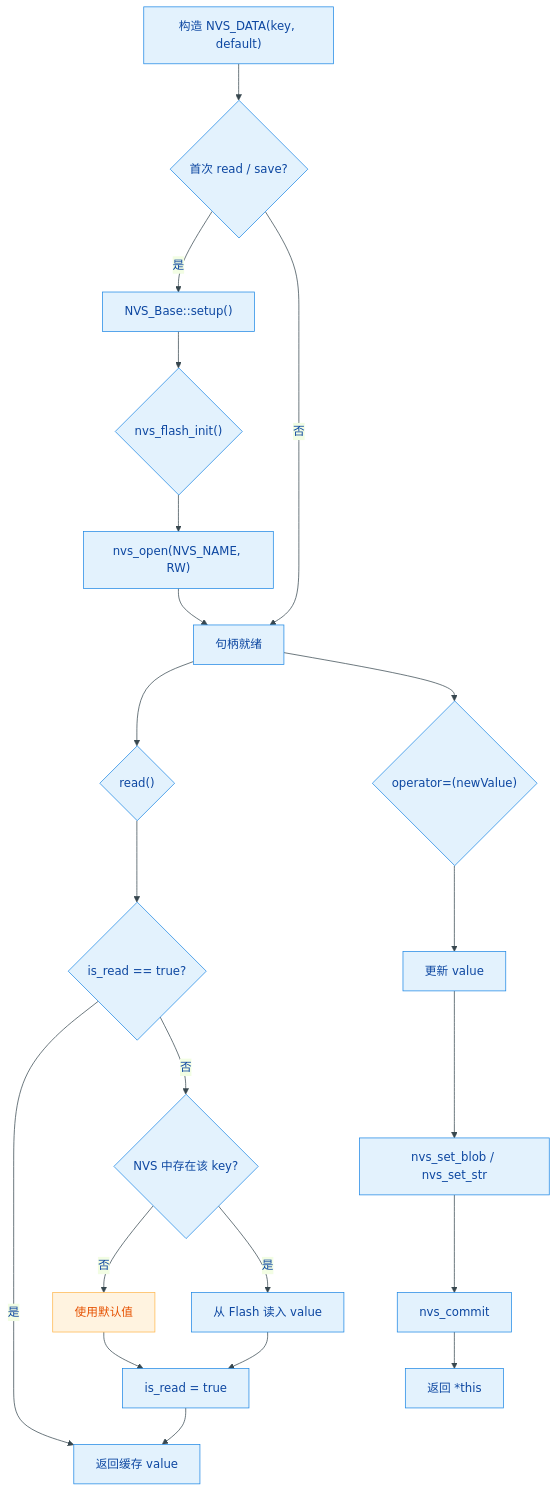
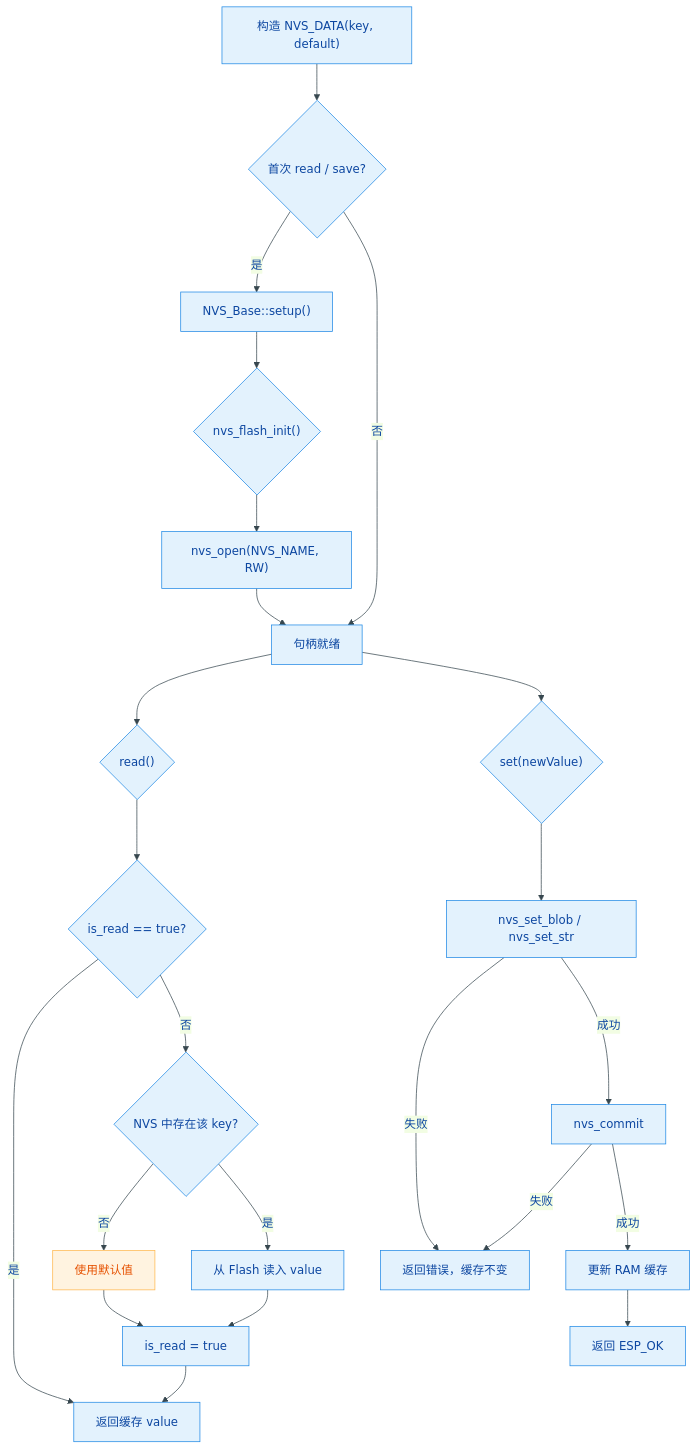
One commit to qingmeijiupiao/Wireless_power_meter_lite changed the second of 2 diagrams in components/bsp/HXC_NVS/README.md. Above: the diagram before and after it, drawn with Mermaid. The commit also changed other lines of this file and 58 other files, not shown here.

````diff
--- a/components/bsp/HXC_NVS/README.md
+++ b/components/bsp/HXC_NVS/README.md
@@ -66,28 +71,30 @@
 ```mermaid
 %%{init: { 'theme': 'base', 'themeVariables': { 'primaryColor': '#E3F2FD', 'primaryBorderColor': '#1E88E5', 'primaryTextColor': '#0D47A1', 'lineColor': '#37474F', 'clusterBkg': '#F8FBFF', 'clusterBorder': '#90CAF9' } }}%%
 flowchart TD
     A["构造 NVS_DATA(key, default)"] --> B{"首次 read / save?"}
     B -- 是 --> C["NVS_Base::setup()"]
     C --> C1{"nvs_flash_init()"}
     C1 --> C2["nvs_open(NVS_NAME, RW)"]
     C2 --> D["句柄就绪"]
     B -- 否 --> D
     D --> E{"read()"}
     E --> F{"is_read == true?"}
     F -- 是 --> G["返回缓存 value"]
     F -- 否 --> H{"NVS 中存在该 key?"}
     H -- 否 --> I["使用默认值"]:::warn
     H -- 是 --> J["从 Flash 读入 value"]
     I --> K["is_read = true"]
     J --> K
     K --> G
 
-    D --> L{"operator=(newValue)"}
-    L --> M["更新 value"]
-    M --> N["nvs_set_blob / nvs_set_str"]
-    N --> O["nvs_commit"]
-    O --> P["返回 *this"]
+    D --> L{"set(newValue)"}
+    L --> N["nvs_set_blob / nvs_set_str"]
+    N -->|失败| Q["返回错误，缓存不变"]
+    N -->|成功| O["nvs_commit"]
+    O -->|失败| Q
+    O -->|成功| M["更新 RAM 缓存"]
+    M --> P["返回 ESP_OK"]
 
     classDef warn fill:#FFF3E0,stroke:#FFB74D,color:#E65100;
     classDef hardware fill:#E8EAF6,stroke:#3F51B5,color:#1A237E;
 ```
````
